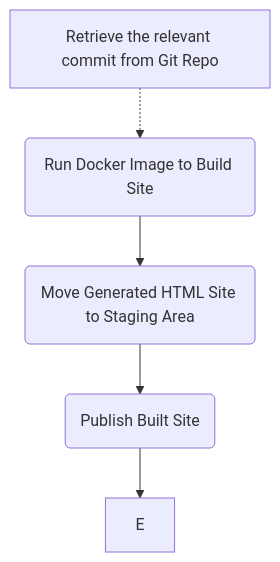
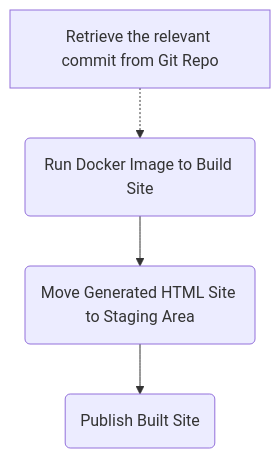
The second of 3 diagrams in _posts/2018-10-10-Building-The-Site.md (DamianFlynn/damianflynn.github.io-archived), drawn with Mermaid before and after one commit. The commit also changed other lines of this file, not shown here.

Commit message:
One extra node in the flow chart, and a typo in the building paragraph

```diff
--- a/_posts/2018-10-10-Building-The-Site.md
+++ b/_posts/2018-10-10-Building-The-Site.md
@@ -71,12 +71,11 @@
 <div class="mermaid" style="text-align:center">
 graph TD
     A[Retrieve the relevant commit from Git Repo]
     B(Run Docker Image to Build Site)
     C(Move Generated HTML Site to Staging Area)
     D(Publish Built Site)
 
     A -.-> B
     B --> C
     C --> D
-    D --> E
 </div>
```
